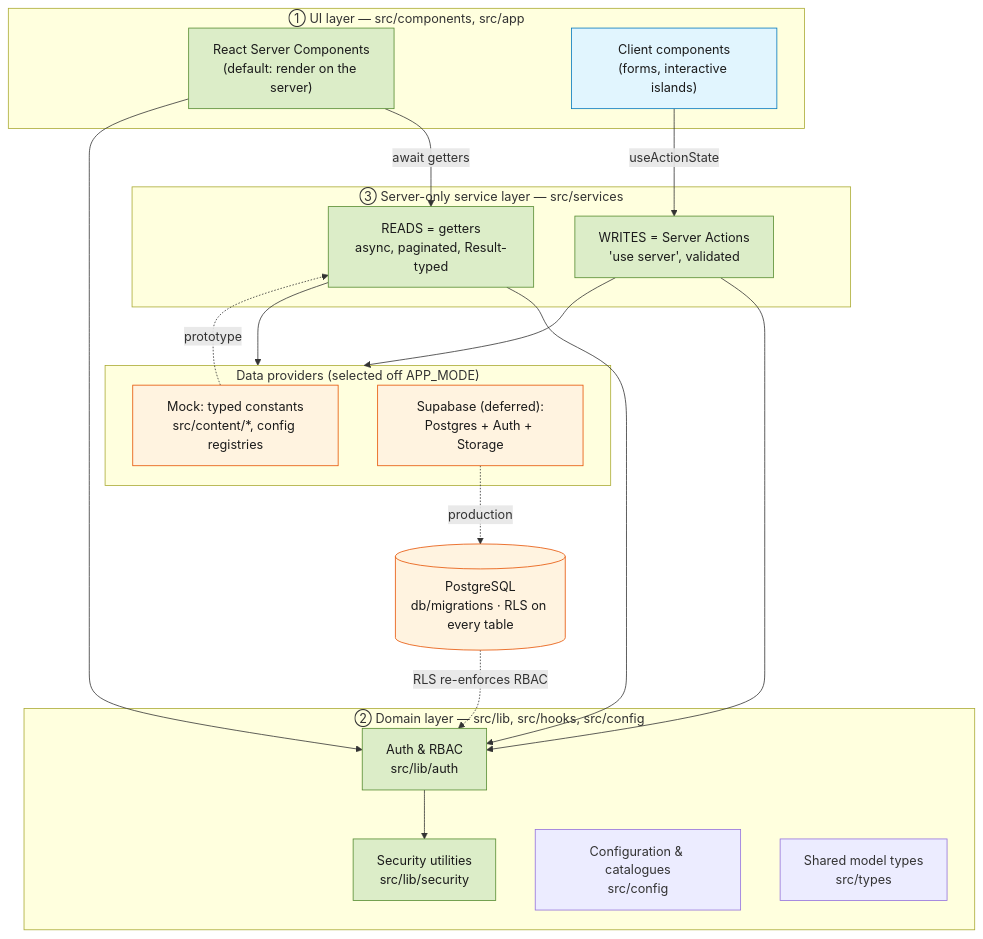
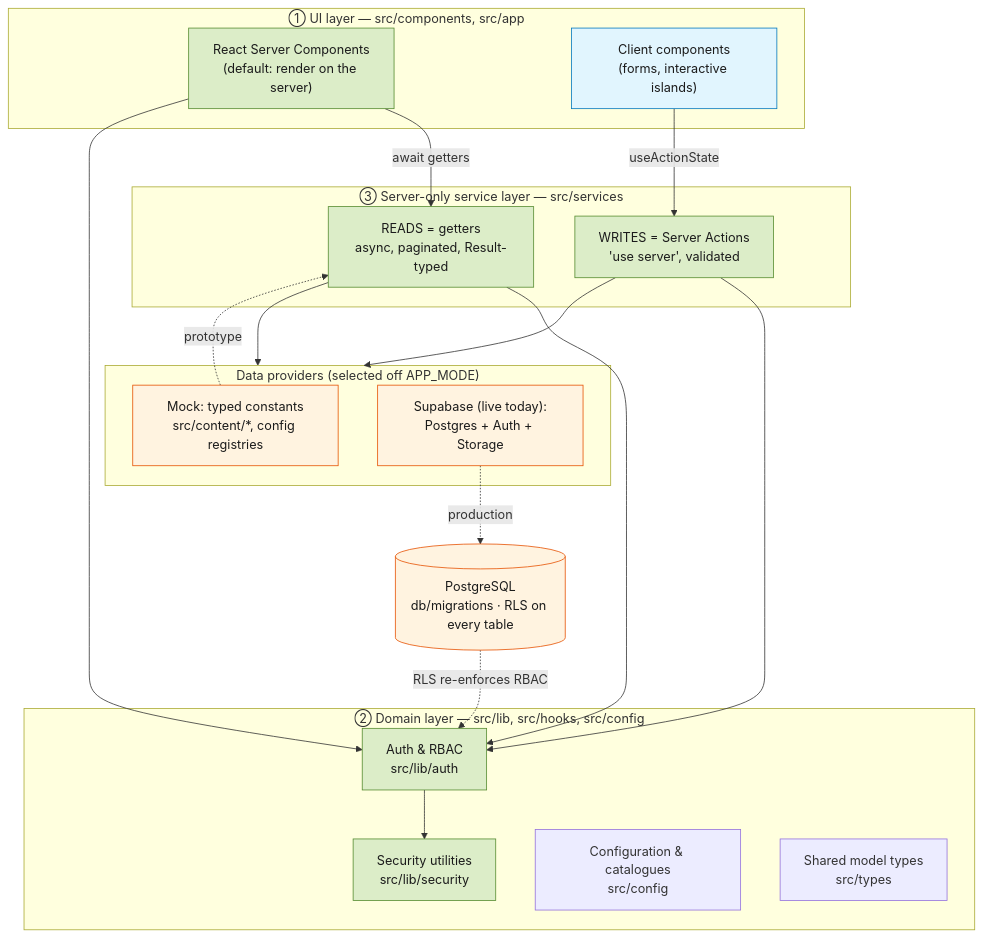
Before and after one commit to jayjay77uk/Juice-doctor: the first of 2 diagrams in docs/architecture/00-overview.md, drawn with Mermaid. The commit also changed other lines of this file and 84 other files, not shown here.

````diff
--- a/docs/architecture/00-overview.md
+++ b/docs/architecture/00-overview.md
@@ -50,45 +50,45 @@
 ```mermaid
 flowchart TD
   subgraph UI["① UI layer — src/components, src/app"]
     RSC["React Server Components<br/>(default: render on the server)"]
     Client["Client components<br/>(forms, interactive islands)"]
   end
 
   subgraph Domain["② Domain layer — src/lib, src/hooks, src/config"]
     Auth["Auth & RBAC<br/>src/lib/auth"]
     Security["Security utilities<br/>src/lib/security"]
     Cfg["Configuration & catalogues<br/>src/config"]
     Types["Shared model types<br/>src/types"]
   end
 
   subgraph Services["③ Server-only service layer — src/services"]
     Reads["READS = getters<br/>async, paginated, Result-typed"]
     Writes["WRITES = Server Actions<br/>'use server', validated"]
   end
 
   subgraph Providers["Data providers (selected off APP_MODE)"]
     Mock["Mock: typed constants<br/>src/content/*, config registries"]
-    Supa["Supabase (deferred):<br/>Postgres + Auth + Storage"]
+    Supa["Supabase (live today):<br/>Postgres + Auth + Storage"]
   end
 
   DB[("PostgreSQL<br/>db/migrations · RLS on every table")]
 
   RSC -->|await getters| Reads
   Client -->|useActionState| Writes
   RSC --> Auth
   Reads --> Auth
   Writes --> Auth
   Auth --> Security
   Reads --> Providers
   Writes --> Providers
   Mock -. prototype .-> Reads
   Supa -. production .-> DB
   DB -. RLS re-enforces RBAC .-> Auth
 
   classDef server fill:#dcedc8,stroke:#558b2f,color:#1b1b1b;
   classDef client fill:#e1f5fe,stroke:#0277bd,color:#1b1b1b;
   classDef data fill:#fff3e0,stroke:#e65100,color:#1b1b1b;
   class RSC,Reads,Writes,Auth,Security server;
   class Client client;
   class Mock,Supa,DB data;
 ```
````
